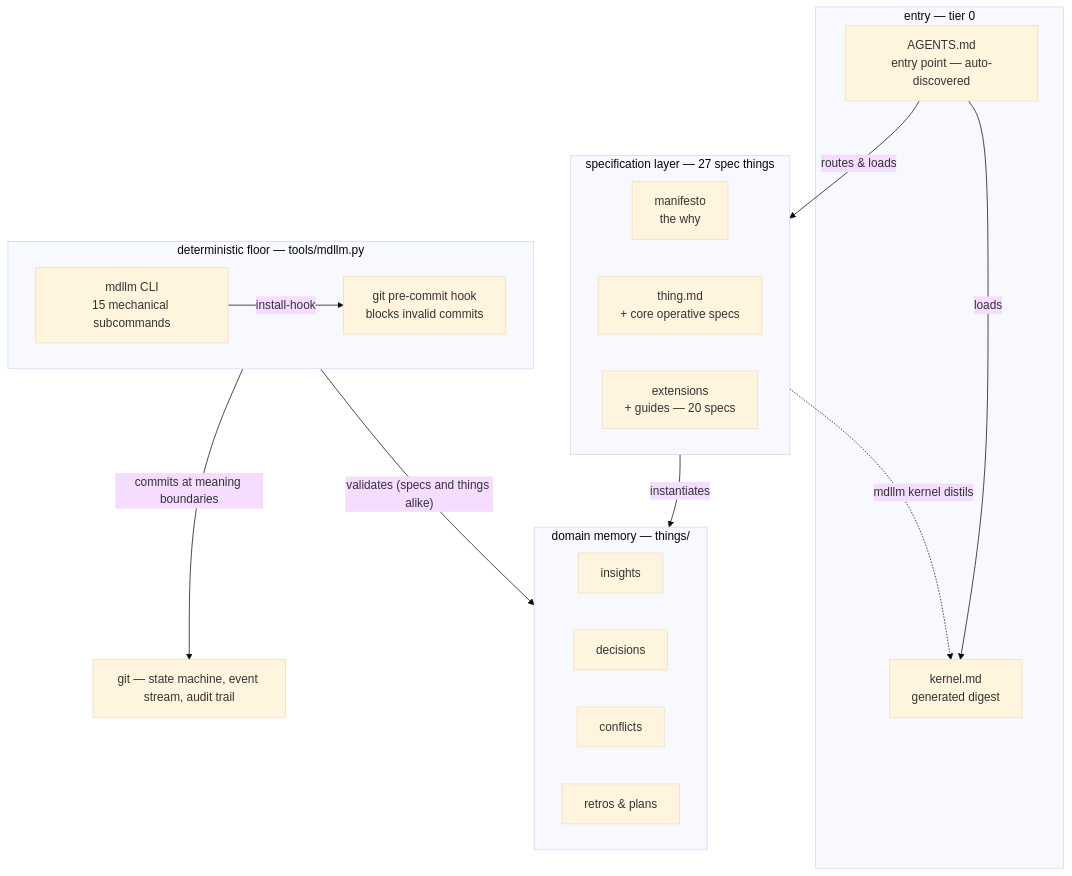
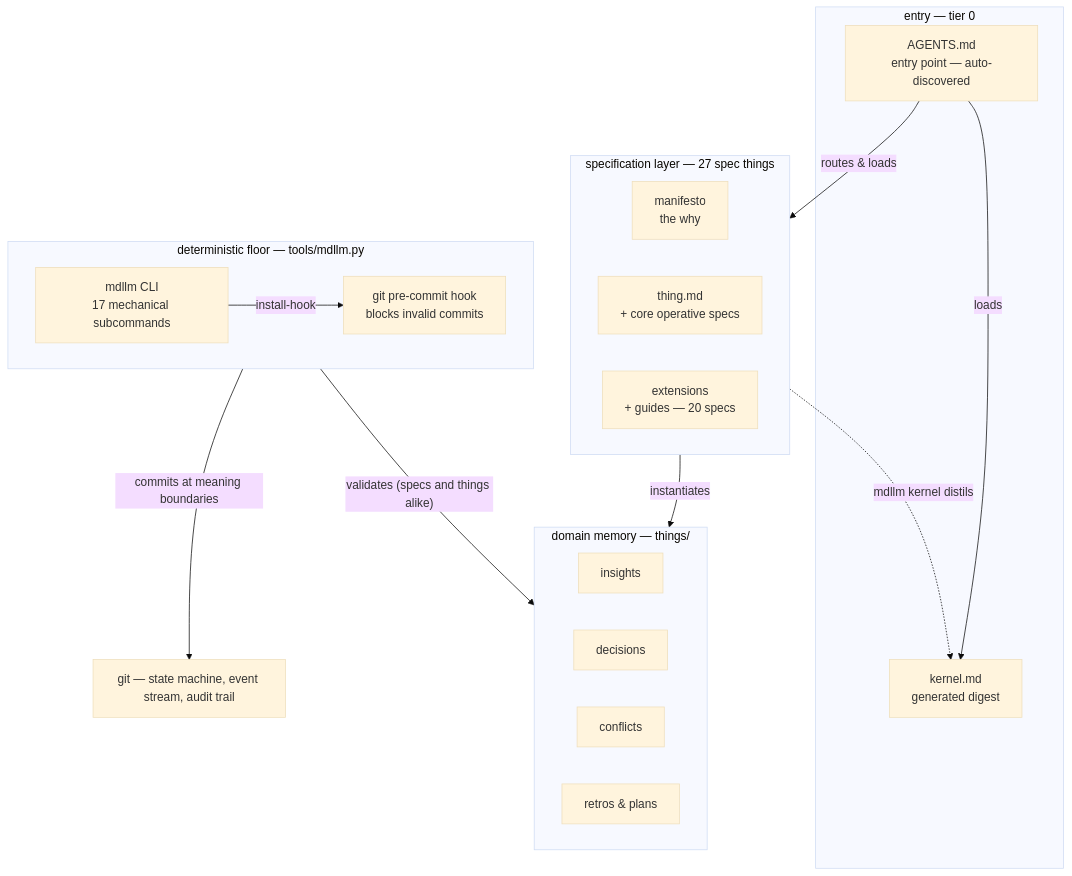
One commit to JanoshMoshiri/MarkdownLLM changed the first of 3 diagrams in docs/framework-map.md. Above: the diagram before and after it, drawn with Mermaid (base theme). The commit also changed other lines of this file and 5 other files, not shown here.

````diff
--- a/docs/framework-map.md
+++ b/docs/framework-map.md
@@ -53,31 +53,31 @@
 ```mermaid
 flowchart TD
     subgraph entry ["entry — tier 0"]
         AGENTS["AGENTS.md<br/>entry point — auto-discovered"]
         KERNEL["kernel.md<br/>generated digest"]
     end
     subgraph specs ["specification layer — 27 spec things"]
         MANIFESTO["manifesto<br/>the why"]
         THING["thing.md<br/>+ core operative specs"]
         EXT["extensions<br/>+ guides — 20 specs"]
     end
     subgraph memory ["domain memory — things/"]
         INSIGHTS["insights"]
         DECISIONS["decisions"]
         CONFLICTS["conflicts"]
         RETROS["retros & plans"]
     end
     subgraph floor ["deterministic floor — tools/mdllm.py"]
-        MDLLM["mdllm CLI<br/>15 mechanical subcommands"]
+        MDLLM["mdllm CLI<br/>17 mechanical subcommands"]
         HOOK["git pre-commit hook<br/>blocks invalid commits"]
     end
     GIT["git — state machine, event stream, audit trail"]
 
     AGENTS -->|loads| KERNEL
     AGENTS -->|routes & loads| specs
     specs -.->|"mdllm kernel distils"| KERNEL
     specs -->|instantiates| memory
     MDLLM -->|install-hook| HOOK
     floor -->|"validates (specs and things alike)"| memory
     floor -->|commits at meaning boundaries| GIT
 ```
````
